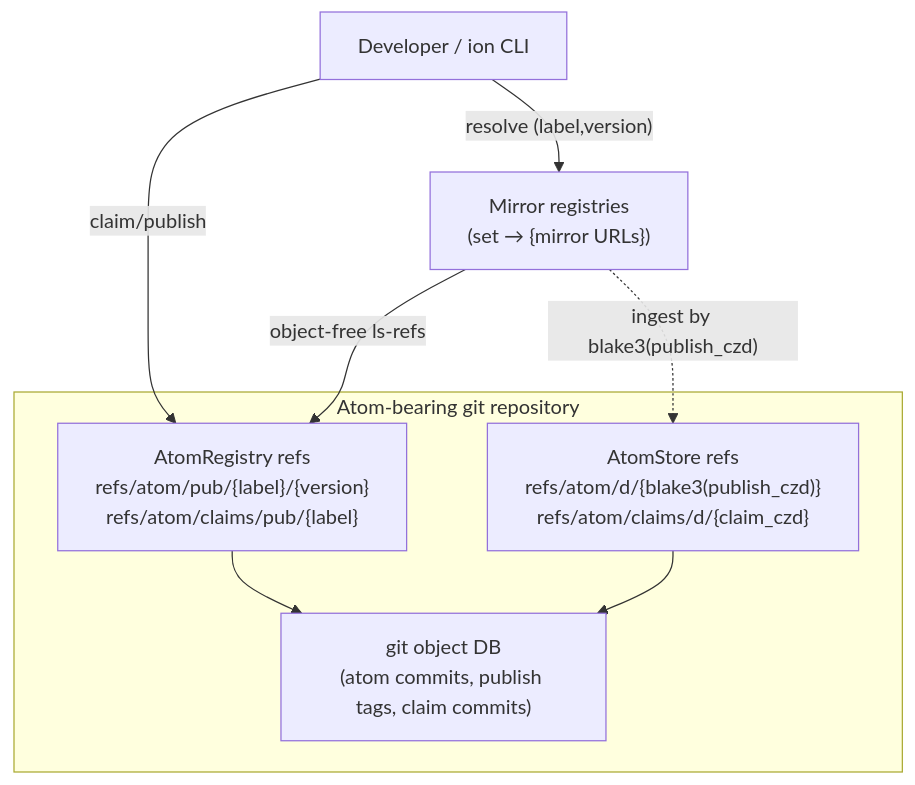
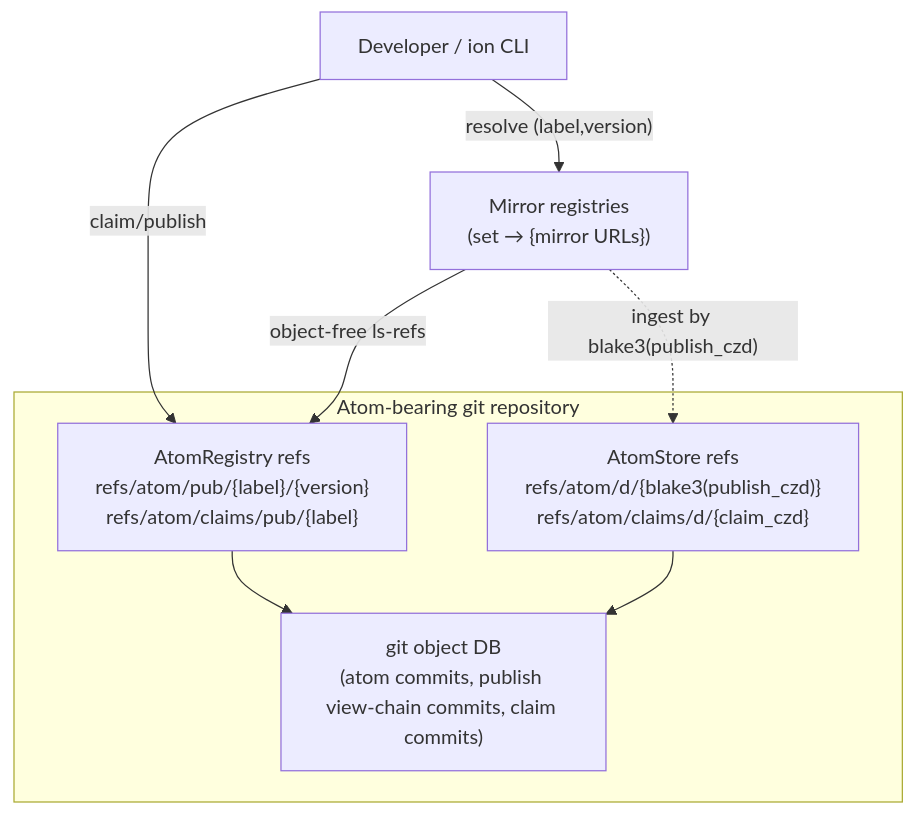
One commit to axiosoph/axios changed the second of 7 diagrams in docs/architecture/atom-sad.md. Above: the diagram before and after it, drawn with Mermaid. The commit also changed other lines of this file, not shown here.

````diff
--- a/docs/architecture/atom-sad.md
+++ b/docs/architecture/atom-sad.md
@@ -162,17 +162,17 @@
 ```mermaid
 graph TB
   DEV["Developer / ion CLI"]
   subgraph REPO["Atom-bearing git repository"]
     REG["AtomRegistry refs\nrefs/atom/pub/{label}/{version}\nrefs/atom/claims/pub/{label}"]
     STORE["AtomStore refs\nrefs/atom/d/{blake3(publish_czd)}\nrefs/atom/claims/d/{claim_czd}"]
-    OBJ["git object DB\n(atom commits, publish tags, claim commits)"]
+    OBJ["git object DB\n(atom commits, publish view-chain commits, claim commits)"]
   end
   MIR["Mirror registries\n(set → {mirror URLs})"]
 
   DEV -->|"claim/publish"| REG
   REG --> OBJ
   STORE --> OBJ
   DEV -->|"resolve (label,version)"| MIR
   MIR -->|"object-free ls-refs"| REG
   MIR -.->|"ingest by blake3(publish_czd)"| STORE
 ```
````
